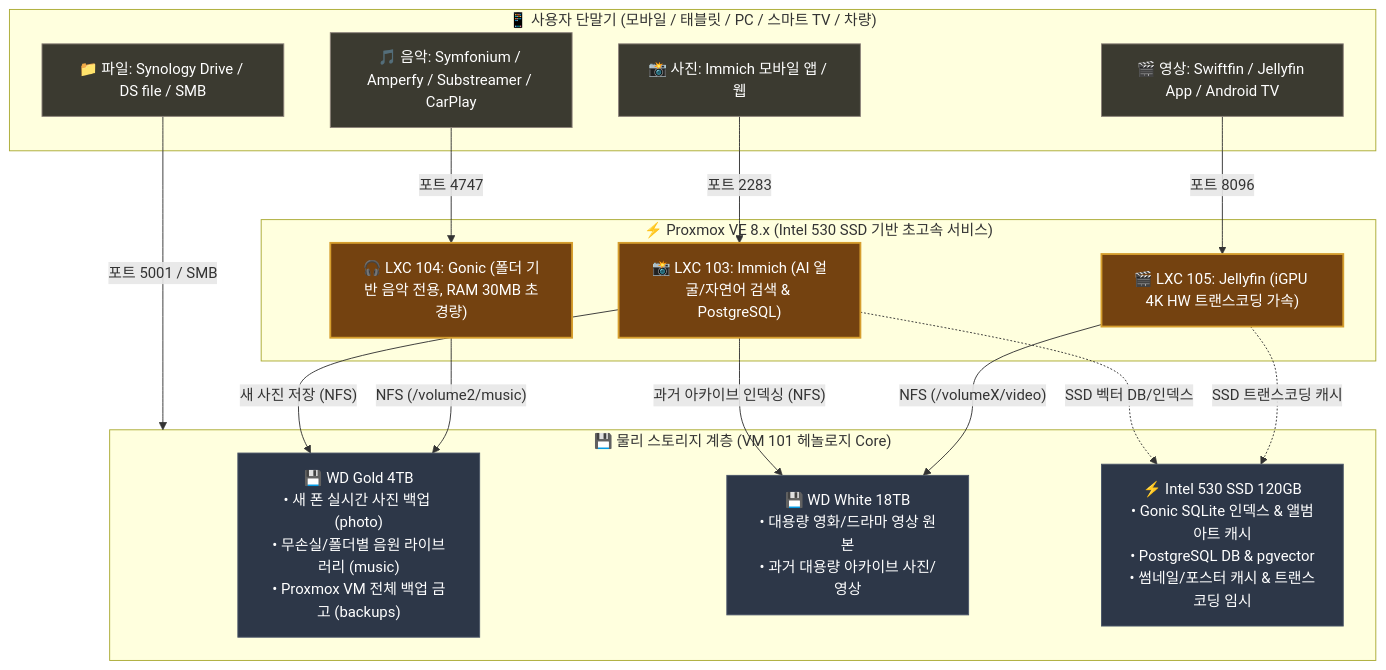
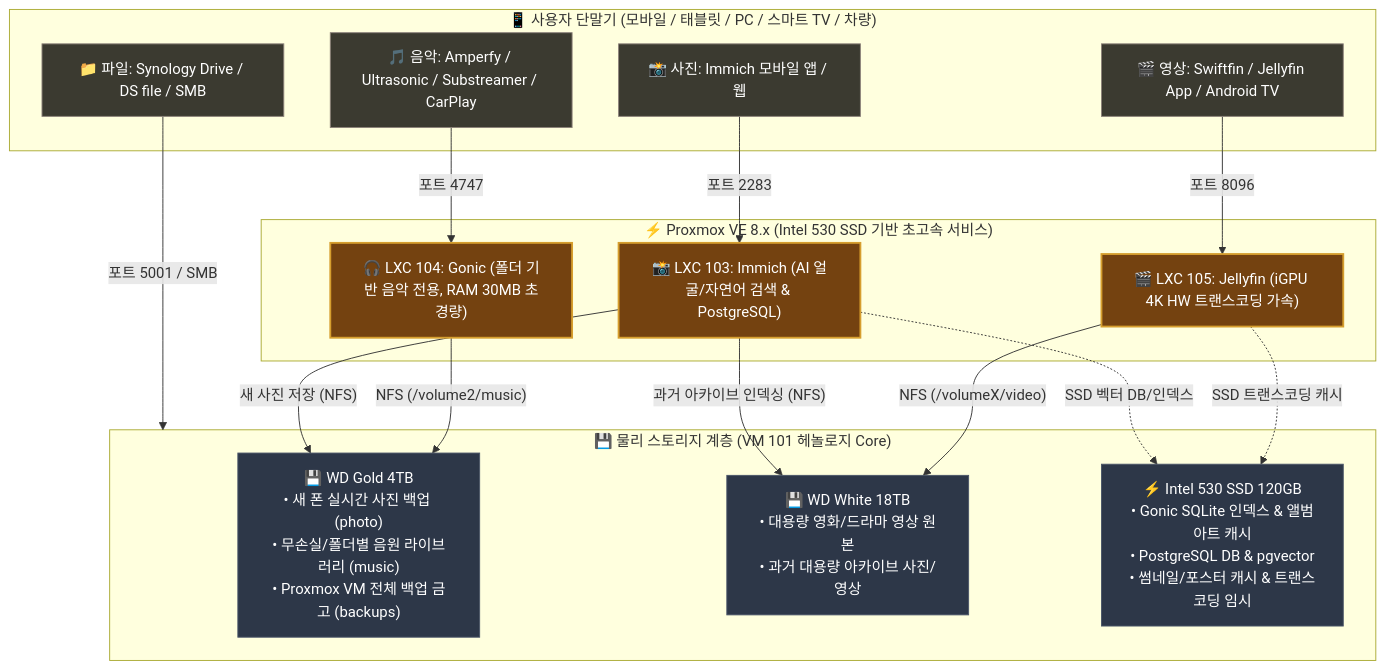
The diagram in self-nas/docs/07_media_services_master_guide.md (waceh/nas), drawn with Mermaid before and after one commit. The commit also changed other lines of this file and 4 other files, not shown here.

Commit message:
docs: Gonic 음악 클라이언트를 100% 완전 무료/오픈소스 앱(Amperfy, Ultrasonic/DSub, Substreamer)으로 전면 갱신

````diff
--- a/self-nas/docs/07_media_services_master_guide.md
+++ b/self-nas/docs/07_media_services_master_guide.md
@@ -9,45 +9,45 @@
 ```mermaid
 flowchart TB
     %% Styles
     classDef hw fill:#24292e,stroke:#444d56,stroke-width:2px,color:#fff;
     classDef pve fill:#1a365d,stroke:#2b6cb0,stroke-width:2px,color:#fff;
     classDef lxc fill:#744210,stroke:#d69e2e,stroke-width:2px,color:#fff;
     classDef vm fill:#1c4532,stroke:#276749,stroke-width:2px,color:#fff;
     classDef client fill:#3b3a30,stroke:#8c827a,stroke-width:1px,color:#fff;
     classDef storage fill:#2d3748,stroke:#4a5568,stroke-width:1px,color:#fff;
 
     %% Clients
     subgraph Clients["📱 사용자 단말기 (모바일 / 태블릿 / PC / 스마트 TV / 차량)"]
-        C_Music["🎵 음악: Symfonium / Amperfy / Substreamer / CarPlay"]:::client
+        C_Music["🎵 음악: Amperfy / Ultrasonic / Substreamer / CarPlay"]:::client
         C_Video["🎬 영상: Swiftfin / Jellyfin App / Android TV"]:::client
         C_Photo["📸 사진: Immich 모바일 앱 / 웹"]:::client
         C_File["📁 파일: Synology Drive / DS file / SMB"]:::client
     end
 
     %% Proxmox Native LXC (SSD)
     subgraph PVE["⚡ Proxmox VE 8.x (Intel 530 SSD 기반 초고속 서비스)"]
         LXC_Music["🎧 LXC 104: Gonic (폴더 기반 음악 전용, RAM 30MB 초경량)"]:::lxc
         LXC_Video["🎬 LXC 105: Jellyfin (iGPU 4K HW 트랜스코딩 가속)"]:::lxc
         LXC_Photo["📸 LXC 103: Immich (AI 얼굴/자연어 검색 & PostgreSQL)"]:::lxc
     end
 
     %% Storage Core
     subgraph Storage["💾 물리 스토리지 계층 (VM 101 헤놀로지 Core)"]
         HDD_4TB["💾 WD Gold 4TB<br/>• 새 폰 실시간 사진 백업 (photo)<br/>• 무손실/폴더별 음원 라이브러리 (music)<br/>• Proxmox VM 전체 백업 금고 (backups)"]:::storage
         HDD_18TB["💾 WD White 18TB<br/>• 대용량 영화/드라마 영상 원본<br/>• 과거 대용량 아카이브 사진/영상"]:::storage
         SSD_530["⚡ Intel 530 SSD 120GB<br/>• Gonic SQLite 인덱스 & 앨범아트 캐시<br/>• PostgreSQL DB & pgvector<br/>• 썸네일/포스터 캐시 & 트랜스코딩 임시"]:::storage
     end
 
     %% Routing
     C_Music -->|"포트 4747"| LXC_Music
     C_Video -->|"포트 8096"| LXC_Video
     C_Photo -->|"포트 2283"| LXC_Photo
     C_File -->|"포트 5001 / SMB"| Storage
 
     LXC_Music -->|"NFS (/volume2/music)"| HDD_4TB
     LXC_Video -->|"NFS (/volumeX/video)"| HDD_18TB
     LXC_Video -.->|"SSD 트랜스코딩 캐시"| SSD_530
     LXC_Photo -->|"새 사진 저장 (NFS)"| HDD_4TB
     LXC_Photo -->|"과거 아카이브 인덱싱 (NFS)"| HDD_18TB
     LXC_Photo -.->|"SSD 벡터 DB/인덱스"| SSD_530
 ```
````
